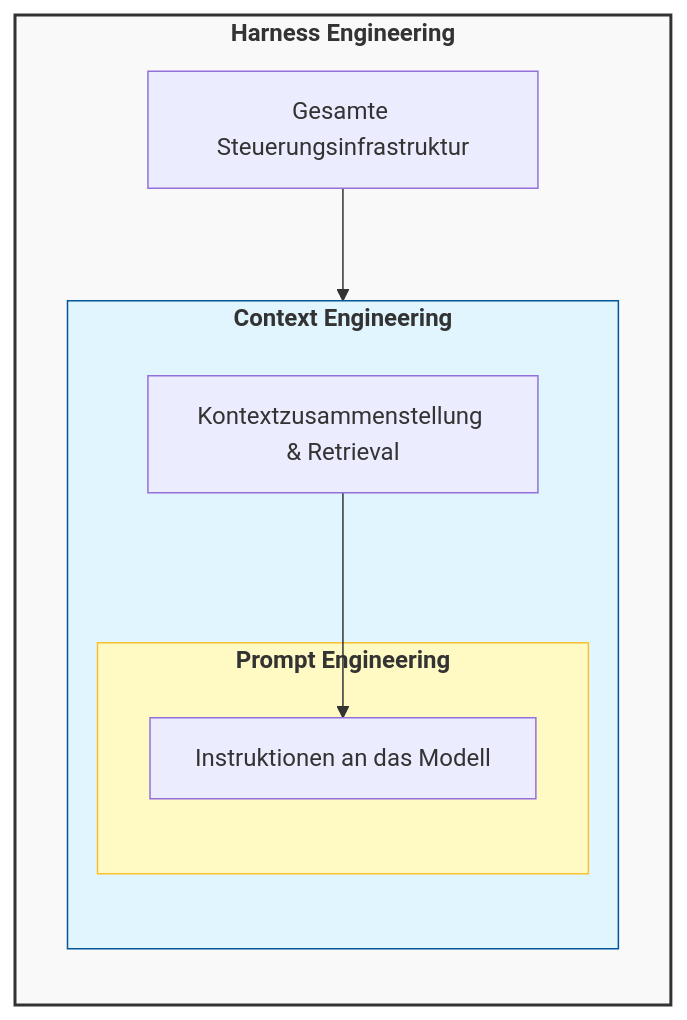
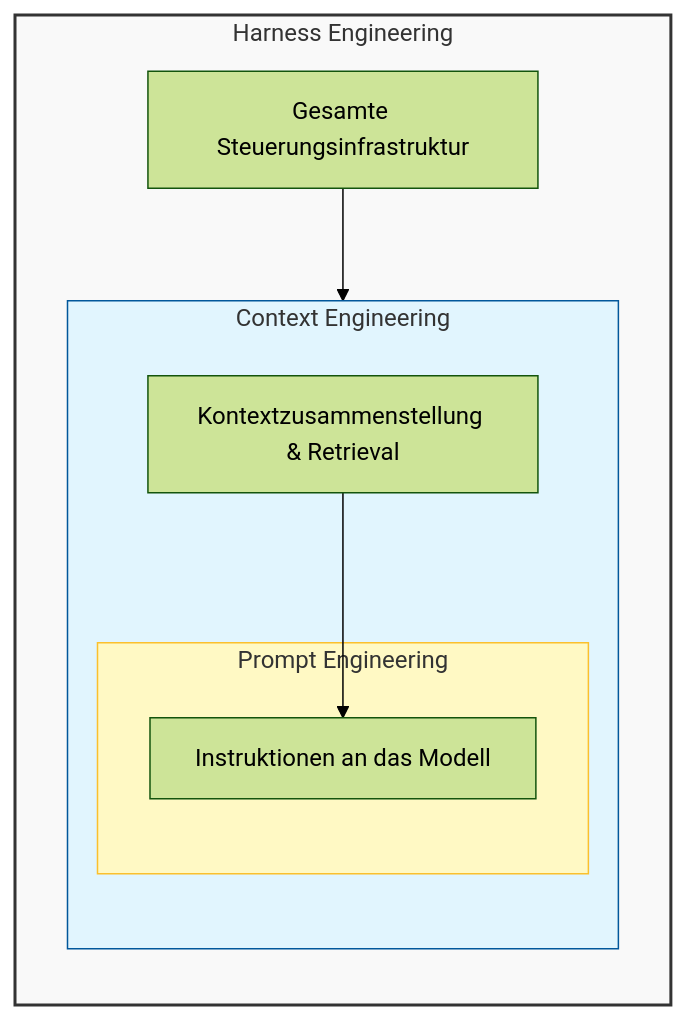
Before and after one commit to ralf-42/GenAI: the second of 10 diagrams in docs/08-agenten/agent-architekturen.md, drawn with Mermaid. The commit also changed other lines of this file and 2 other files, not shown here.

````diff
--- a/docs/08-agenten/agent-architekturen.md
+++ b/docs/08-agenten/agent-architekturen.md
@@ -51,24 +72,25 @@
 ```mermaid
+%%{init: {'theme':'forest'}}%%
 flowchart TB
-    subgraph Harness ["<b>Harness Engineering</b>"]
+    subgraph Harness["Harness Engineering"]
         direction TB
         H_Info["Gesamte Steuerungsinfrastruktur"]
         
-        subgraph Context ["<b>Context Engineering</b>"]
+        subgraph Context["Context Engineering"]
             direction TB
             C_Info["Kontextzusammenstellung & Retrieval"]
             
-            subgraph Prompt ["<b>Prompt Engineering</b>"]
+            subgraph Prompt["Prompt Engineering"]
                 P_Info["Instruktionen an das Modell"]
             end
             
             C_Info --> P_Info
         end
         
         H_Info --> C_Info
     end
 
     style Harness fill:#f9f9f9,stroke:#333,stroke-width:2px
     style Context fill:#e1f5fe,stroke:#01579b
     style Prompt fill:#fff9c4,stroke:#fbc02d
 ```
````
